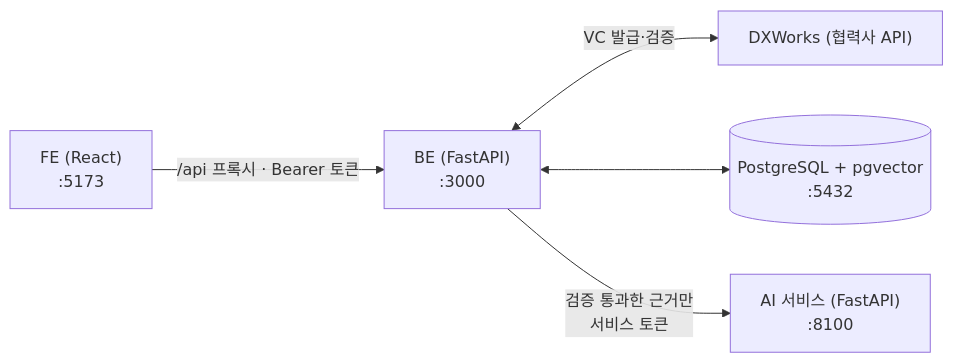
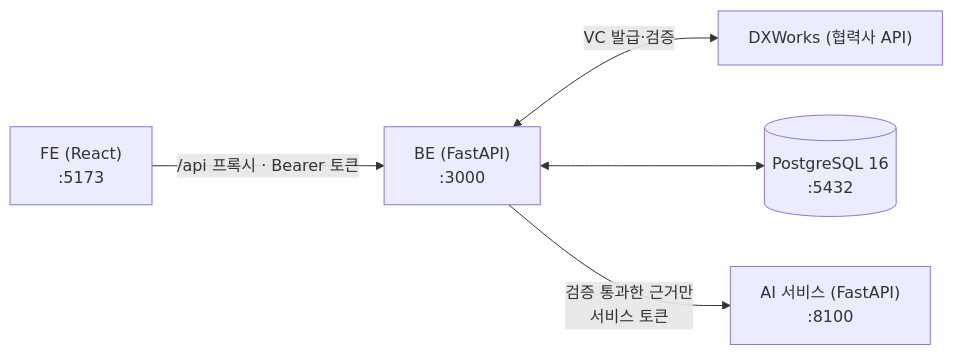
Before and after one commit to HYUJIM/VC_AI_Career_agent: the diagram in README.md, drawn with Mermaid. The commit also changed other lines of this file and 125 other files, not shown here.

````diff
--- a/README.md
+++ b/README.md
@@ -14,7 +14,7 @@
 ```mermaid
 flowchart LR
     FE["FE (React)<br/>:5173"] -->|"/api 프록시 · Bearer 토큰"| BE["BE (FastAPI)<br/>:3000"]
     BE <-->|"VC 발급·검증"| DX["DXWorks (협력사 API)"]
-    BE <--> DB[("PostgreSQL + pgvector<br/>:5432")]
+    BE <--> DB[("PostgreSQL 16<br/>:5432")]
     BE -->|"검증 통과한 근거만<br/>서비스 토큰"| AI["AI 서비스 (FastAPI)<br/>:8100"]
 ```
````
